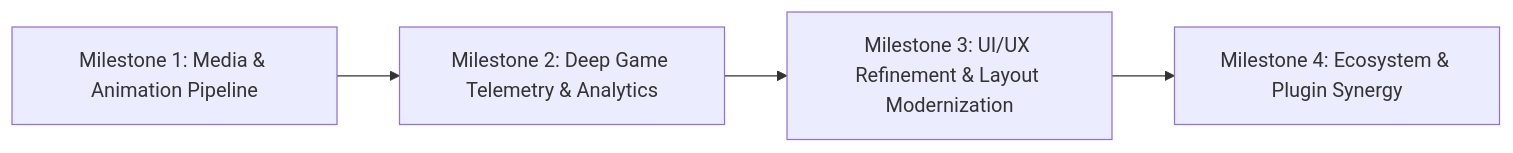
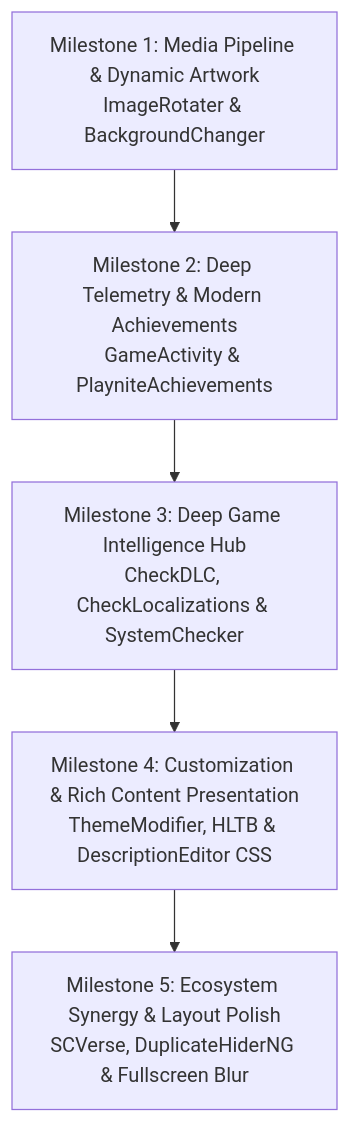
One commit to gOOvER/Penumbra-Themes changed the diagram in ROADMAP.md. Above: the diagram before and after it, drawn with Mermaid. The commit also changed other lines of this file and 30 other files, not shown here.

````diff
--- a/ROADMAP.md
+++ b/ROADMAP.md
@@ -9,6 +9,7 @@
 ```mermaid
-flowchart LR
-    A[Milestone 1: Media & Animation Pipeline] --> B[Milestone 2: Deep Game Telemetry & Analytics]
-    B --> C[Milestone 3: UI/UX Refinement & Layout Modernization]
-    C --> D[Milestone 4: Ecosystem & Plugin Synergy]
+flowchart TD
+    M1[Milestone 1: Media Pipeline & Dynamic Artwork<br/>ImageRotater & BackgroundChanger] --> M2[Milestone 2: Deep Telemetry & Modern Achievements<br/>GameActivity & PlayniteAchievements]
+    M2 --> M3[Milestone 3: Deep Game Intelligence Hub<br/>CheckDLC, CheckLocalizations & SystemChecker]
+    M3 --> M4[Milestone 4: Customization & Rich Content Presentation<br/>ThemeModifier, HLTB & DescriptionEditor CSS]
+    M4 --> M5[Milestone 5: Ecosystem Synergy & Layout Polish<br/>SCVerse, DuplicateHiderNG & Fullscreen Blur]
 ```
````
